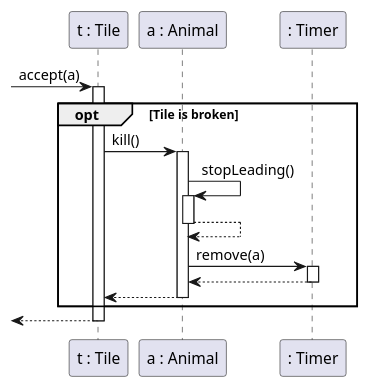
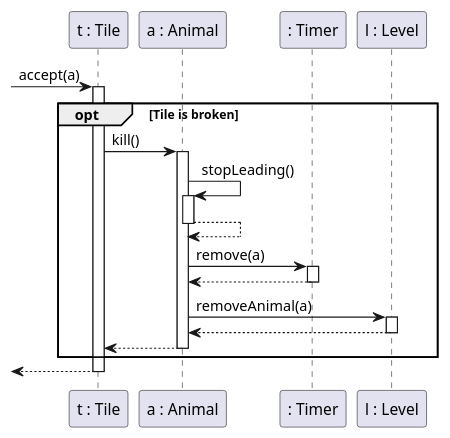
One commit to bokovhu/software-project-laboratory-assignment changed the diagram in 3-analysis-modell/java/src/main/plantuml/SequenceDiagram_Animal_stepsOnBrokenTile.puml. Above: the diagram before and after it, drawn with PlantUML. The commit also changed 2 other files, not shown here.

```diff
--- a/3-analysis-modell/java/src/main/plantuml/SequenceDiagram_Animal_stepsOnBrokenTile.puml
+++ b/3-analysis-modell/java/src/main/plantuml/SequenceDiagram_Animal_stepsOnBrokenTile.puml
@@ -1,27 +1,31 @@
 @startuml
 
 skinparam classAttributeIconSize 0
 skinparam guillemet false
 
 participant "t : Tile" as t
 participant "a : Animal" as a
 participant ": Timer" as T
+participant "l : Level" as l
 
 [-> t : accept(a)
 activate t
 
 opt Tile is broken
 
 t -> a ++ : kill()
 a -> a++  :stopLeading()
         a--> a--
         a -> T++ :remove(a)
         T-->a--
+
+       a -> l ++ : removeAnimal(a)
+       l --> a --
 a --> t --
 
 end
 
 [<-- t
 deactivate t
 
 @enduml
```
